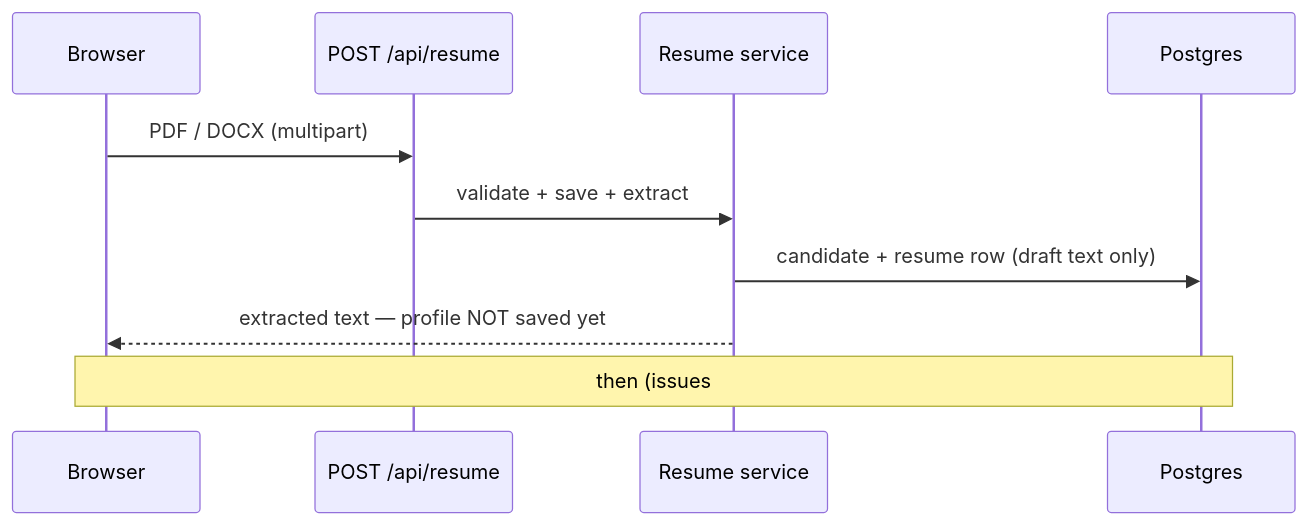
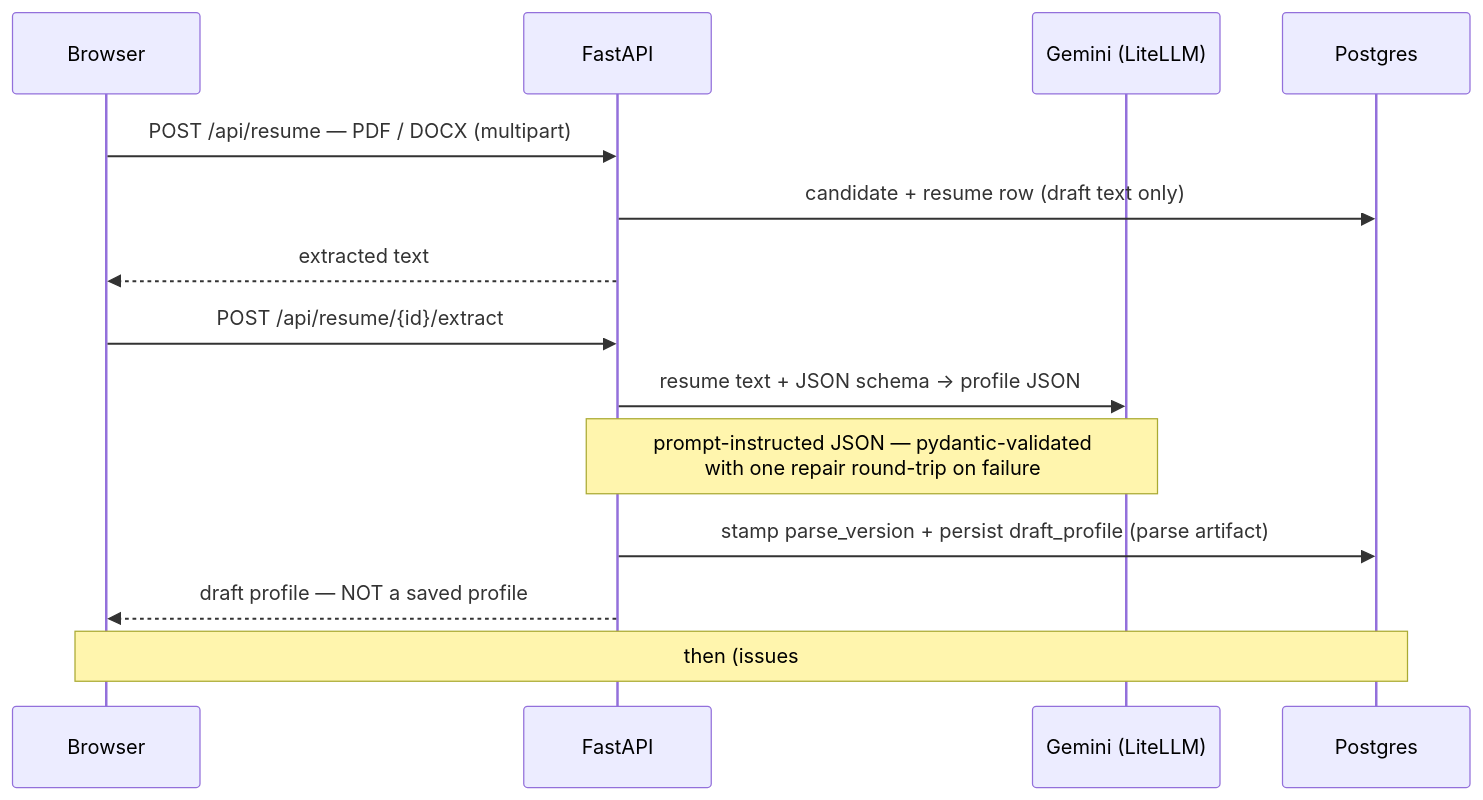
The second of 4 diagrams in docs/architecture.md (MSVhora/ai_job_assistant), drawn with Mermaid before and after one commit. The commit also changed other lines of this file and 23 other files, not shown here.

First line of the commit message:
Add LLM structured profile extraction with draft persistence

````diff
--- a/docs/architecture.md
+++ b/docs/architecture.md
@@ -51,13 +51,17 @@
 ```mermaid
 sequenceDiagram
     participant B as Browser
-    participant A as POST /api/resume
-    participant S as Resume service
+    participant A as FastAPI
+    participant G as Gemini (LiteLLM)
     participant D as Postgres
 
-    B->>A: PDF / DOCX (multipart)
-    A->>S: validate + save + extract
-    S->>D: candidate + resume row (draft text only)
-    S-->>B: extracted text — profile NOT saved yet
-    Note over B,D: then (issues #3–#5): LLM extraction → human review<br/>→ gap-fill → saved profile with revision audit
+    B->>A: POST /api/resume — PDF / DOCX (multipart)
+    A->>D: candidate + resume row (draft text only)
+    A-->>B: extracted text
+    B->>A: POST /api/resume/{id}/extract
+    A->>G: resume text + JSON schema → profile JSON
+    Note over A,G: prompt-instructed JSON — pydantic-validated<br/>with one repair round-trip on failure
+    A->>D: stamp parse_version + persist draft_profile (parse artifact)
+    A-->>B: draft profile — NOT a saved profile
+    Note over B,D: then (issues #4–#5): human review → gap-fill<br/>→ saved profile with revision audit
 ```
````
